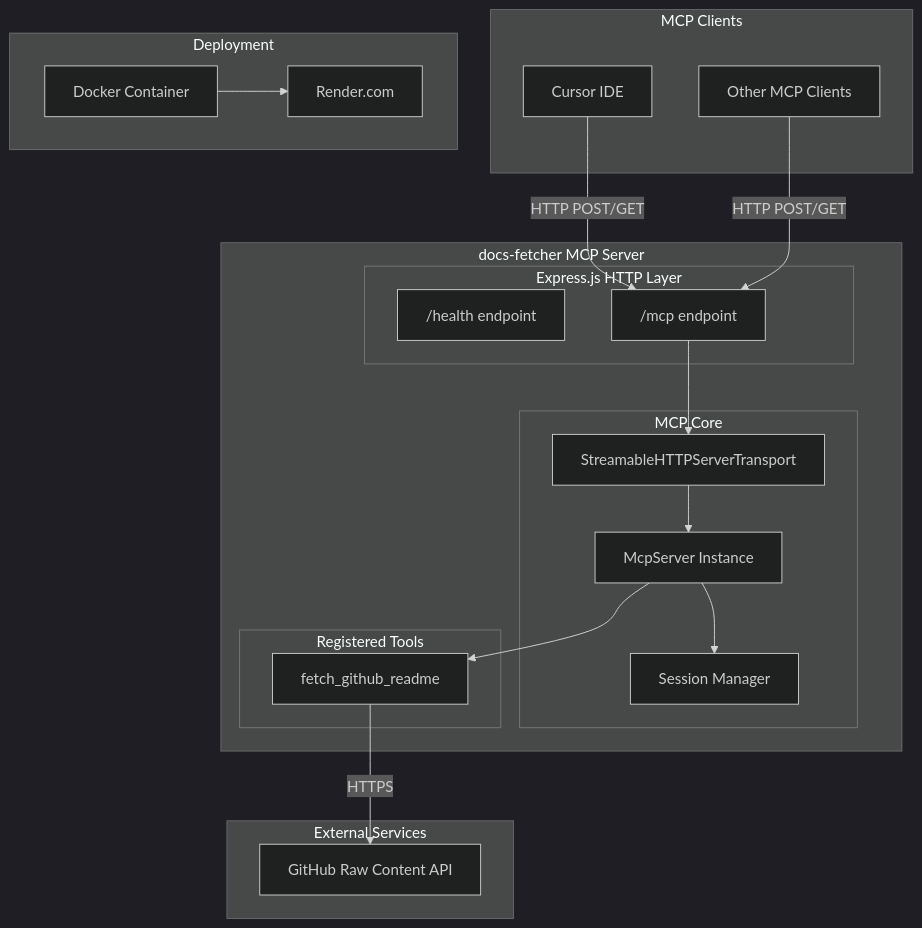
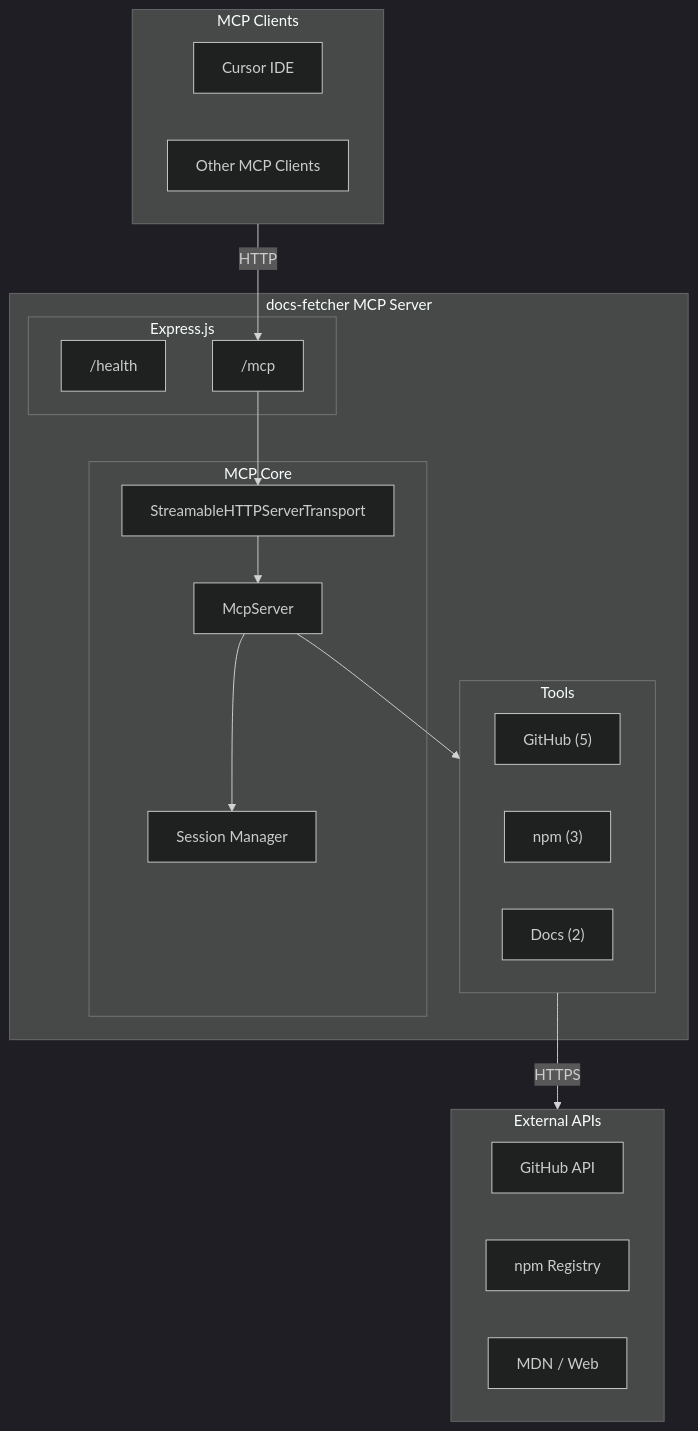
The first of 4 diagrams in ARCHITECTURE.md (ATakaSKY/learn-mcp), drawn with Mermaid (dark theme) before and after one commit. The commit also changed other lines of this file and 8 other files, not shown here.

First line of the commit message:
Enhance documentation and project structure; add npm and documentation tools

````diff
--- a/ARCHITECTURE.md
+++ b/ARCHITECTURE.md
@@ -11,42 +22,38 @@
 ```mermaid
 flowchart TB
     subgraph Clients["MCP Clients"]
         Cursor["Cursor IDE"]
         Other["Other MCP Clients"]
     end
 
     subgraph Server["docs-fetcher MCP Server"]
-        subgraph Express["Express.js HTTP Layer"]
-            Health["/health endpoint"]
-            MCP["/mcp endpoint"]
+        subgraph Express["Express.js"]
+            Health["/health"]
+            MCP["/mcp"]
         end
         
         subgraph Core["MCP Core"]
             Transport["StreamableHTTPServerTransport"]
-            McpServer["McpServer Instance"]
+            McpServer["McpServer"]
             Sessions["Session Manager"]
         end
         
-        subgraph Tools["Registered Tools"]
-            FetchReadme["fetch_github_readme"]
+        subgraph Tools["Tools"]
+            GitHubTools["GitHub (5)"]
+            NpmTools["npm (3)"]
+            DocsTools["Docs (2)"]
         end
     end
 
-    subgraph External["External Services"]
-        GitHub["GitHub Raw Content API"]
+    subgraph External["External APIs"]
+        GitHub["GitHub API"]
+        NpmRegistry["npm Registry"]
+        MDN["MDN / Web"]
     end
 
-    subgraph Deployment["Deployment"]
-        Docker["Docker Container"]
-        Render["Render.com"]
-    end
-
-    Cursor -->|"HTTP POST/GET"| MCP
-    Other -->|"HTTP POST/GET"| MCP
-    MCP --> Transport
-    Transport --> McpServer
+    Clients -->|"HTTP"| MCP
+    MCP --> Transport --> McpServer
     McpServer --> Sessions
-    McpServer --> FetchReadme
-    FetchReadme -->|"HTTPS"| GitHub
-    Docker --> Render
+    McpServer --> Tools
+    Tools -->|"HTTPS"| External
 ```
````
